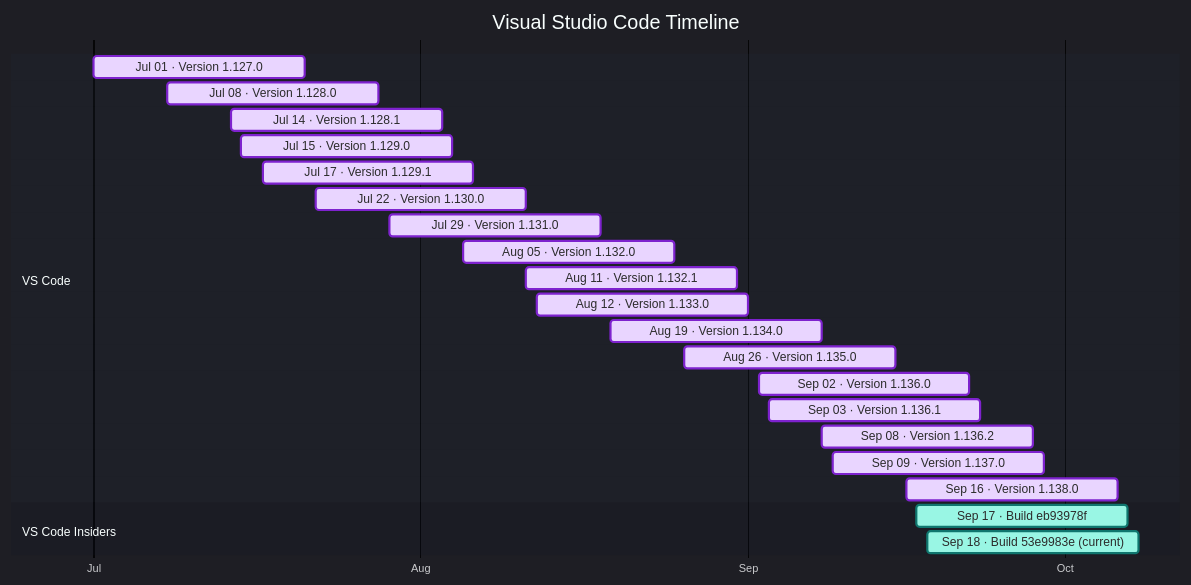
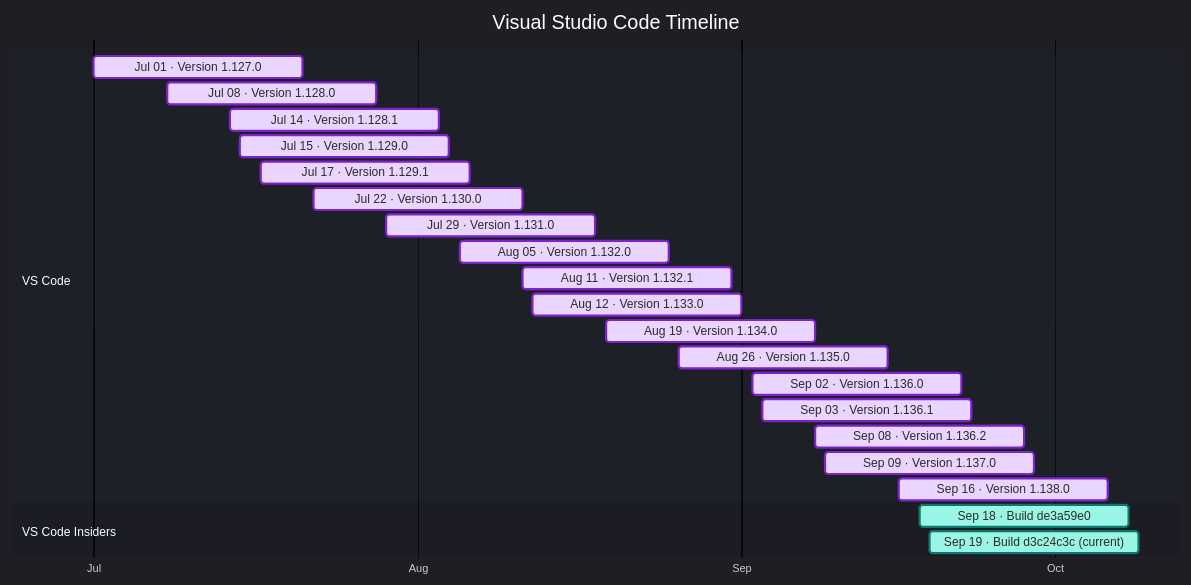
Before and after one commit to Oxelya-DevTools/VisualStudioUpdate: the diagram in docs/vscode.md, drawn with Mermaid. The commit also changed other lines of this file and 1 other file, not shown here.

````diff
--- a/docs/vscode.md
+++ b/docs/vscode.md
@@ -9,29 +9,29 @@
 ```mermaid
 %%{init: {'theme':'dark','themeVariables': { 'fontFamily': 'Segoe UI', 'fontSize': '24px', 'textColor': '#F3F4F6', 'titleTextColor': '#FFFFFF', 'taskTextColor': '#111827', 'taskTextLightColor': '#111827', 'taskTextOutsideColor': '#F3F4F6', 'taskBkgColor': '#BAE6FD', 'taskBorderColor': '#0369A1', 'doneTaskBkgColor': '#E9D5FF', 'doneTaskBorderColor': '#7E22CE', 'activeTaskBkgColor': '#99F6E4', 'activeTaskBorderColor': '#0F766E', 'critTaskBkgColor': '#FED7AA', 'critTaskBorderColor': '#C2410C', 'sectionBkgColor': '#1F2937', 'altSectionBkgColor': '#111827', 'gridColor': '#4B5563', 'todayLineColor': '#F87171' }}}%%
 gantt
     title Visual Studio Code Timeline
     dateFormat  YYYY-MM-DD
     axisFormat  %b
     tickInterval 1month
     section VS Code
     Jul 01 · Version 1.127.0 : done, vscode202607010, 2026-07-01, 20d
     Jul 08 · Version 1.128.0 : done, vscode202607081, 2026-07-08, 20d
     Jul 14 · Version 1.128.1 : done, vscode202607142, 2026-07-14, 20d
     Jul 15 · Version 1.129.0 : done, vscode202607153, 2026-07-15, 20d
     Jul 17 · Version 1.129.1 : done, vscode202607174, 2026-07-17, 20d
     Jul 22 · Version 1.130.0 : done, vscode202607225, 2026-07-22, 20d
     Jul 29 · Version 1.131.0 : done, vscode202607296, 2026-07-29, 20d
     Aug 05 · Version 1.132.0 : done, vscode202608057, 2026-08-05, 20d
     Aug 11 · Version 1.132.1 : done, vscode202608118, 2026-08-11, 20d
     Aug 12 · Version 1.133.0 : done, vscode202608129, 2026-08-12, 20d
     Aug 19 · Version 1.134.0 : done, vscode2026081910, 2026-08-19, 20d
     Aug 26 · Version 1.135.0 : done, vscode2026082611, 2026-08-26, 20d
     Sep 02 · Version 1.136.0 : done, vscode2026090212, 2026-09-02, 20d
     Sep 03 · Version 1.136.1 : done, vscode2026090313, 2026-09-03, 20d
     Sep 08 · Version 1.136.2 : done, vscode2026090814, 2026-09-08, 20d
     Sep 09 · Version 1.137.0 : done, vscode2026090915, 2026-09-09, 20d
     Sep 16 · Version 1.138.0 : done, vscode2026091616, 2026-09-16, 20d
     section VS Code Insiders
-    Sep 17 · Build eb93978f : active, vscodeinsiders202609170, 2026-09-17, 20d
-    Sep 18 · Build 53e9983e (current) : active, vscodeinsiders202609181, 2026-09-18, 20d
+    Sep 18 · Build de3a59e0 : active, vscodeinsiders202609180, 2026-09-18, 20d
+    Sep 19 · Build d3c24c3c (current) : active, vscodeinsiders202609191, 2026-09-19, 20d
 ```
````
